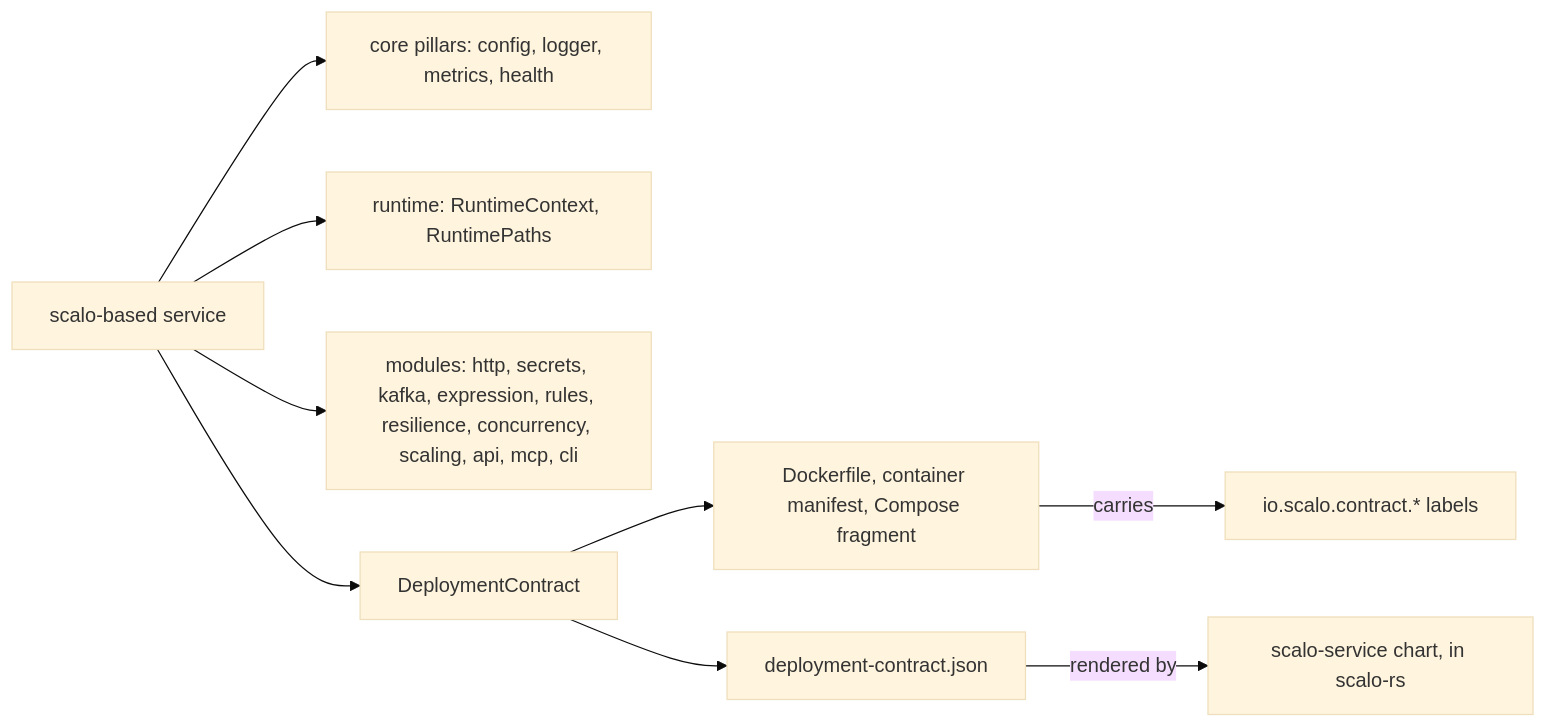
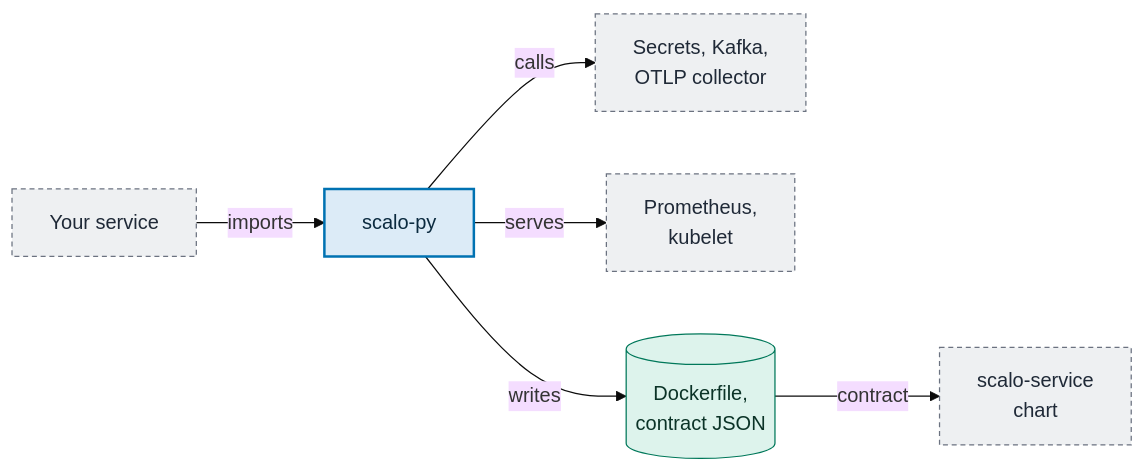
The diagram in docs/README.md (hyperi-io/scalo-py), drawn with Mermaid (base theme) before and after one commit. The commit also changed other lines of this file and 38 other files, not shown here.

First line of the commit message:
docs(scalo-py): fix 14 claims and redraw the diagrams

````diff
--- a/docs/README.md
+++ b/docs/README.md
@@ -34,21 +26,26 @@
 ```mermaid
 flowchart LR
-    App["scalo-based service"]
-    Pillars["core pillars: config, logger, metrics, health"]
-    Runtime["runtime: RuntimeContext, RuntimePaths"]
-    Mods["modules: http, secrets, kafka, expression, rules, resilience, concurrency, scaling, api, mcp, cli"]
-    DC["DeploymentContract"]
-    DF["Dockerfile, container manifest, Compose fragment"]
-    CJ["deployment-contract.json"]
-    CH["scalo-service chart, in scalo-rs"]
-    ID["io.scalo.contract.* labels"]
+    accTitle: L1 Context -- scalo-py
+    accDescr: Your service imports scalo-py. scalo-py calls secrets backends, Kafka and the OTLP collector, serves Prometheus and the kubelet on its observability port, and writes a Dockerfile and the contract JSON. The scalo-service chart renders the Kubernetes objects from the contract JSON.
 
-    App --> Pillars
-    App --> Runtime
-    App --> Mods
-    App --> DC
-    DC --> DF
-    DC --> CJ
-    DF -->|carries| ID
-    CJ -->|rendered by| CH
+    app["Your service"]
+    scalo["scalo-py"]
+    deps["Secrets, Kafka,<br/>OTLP collector"]
+    ops["Prometheus,<br/>kubelet"]
+    build[("Dockerfile,<br/>contract JSON")]
+    chart["scalo-service<br/>chart"]
+
+    app -->|imports| scalo
+    scalo -->|calls| deps
+    scalo -->|serves| ops
+    scalo -->|writes| build
+    build -->|contract| chart
+
+    classDef default fill:#F8FAFC,stroke:#64748B,stroke-width:1px,color:#0F172A
+    classDef core fill:#DCEBF7,stroke:#0072B2,stroke-width:2px,color:#0B2A3F
+    classDef store fill:#DDF3EC,stroke:#00785A,stroke-width:1px,color:#0B3327
+    classDef ext fill:#EEF0F2,stroke:#6B7280,stroke-width:1px,stroke-dasharray:4 3,color:#1F2937
+    class app,deps,ops,chart ext
+    class scalo core
+    class build store
 ```
````
